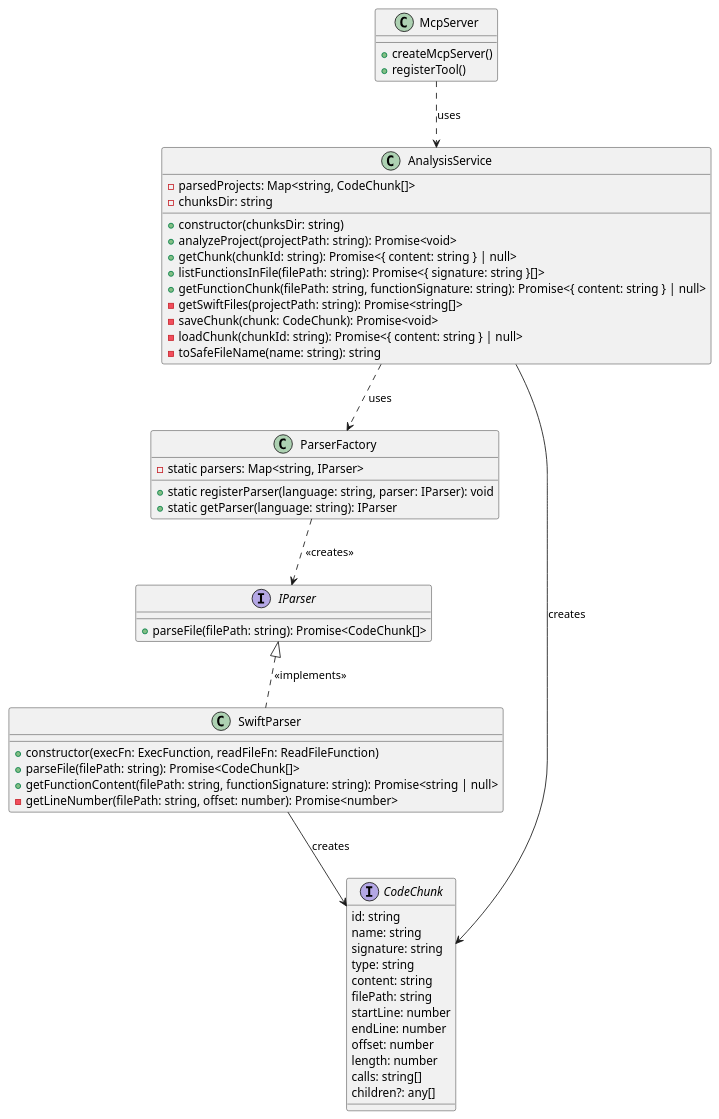
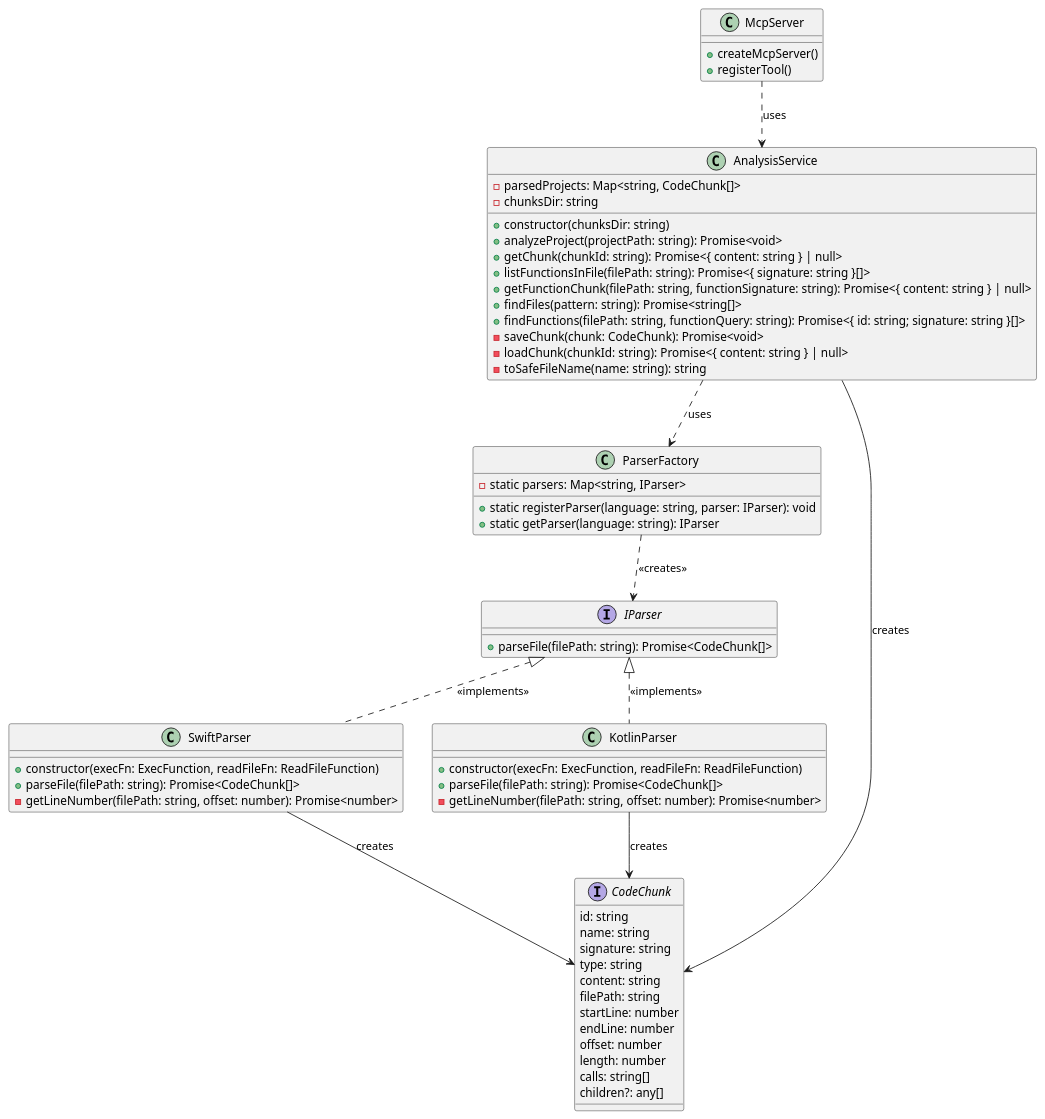
Before and after one commit to aoitan/project-analyzer-mcp: the diagram in doc/diagrams/class_diagram.puml, drawn with PlantUML. The commit also changed 11 other files, not shown here.

First line of the commit message:
docs: プロジェクトの現状に合わせてドキュメントと設計図を更新

```diff
--- a/doc/diagrams/class_diagram.puml
+++ b/doc/diagrams/class_diagram.puml
@@ -1,61 +1,69 @@
 @startuml
 
 class McpServer {
   + createMcpServer()
   + registerTool()
 }
 
 interface IParser {
   + parseFile(filePath: string): Promise<CodeChunk[]>
 }
 
 class ParserFactory {
   - static parsers: Map<string, IParser>
   + static registerParser(language: string, parser: IParser): void
   + static getParser(language: string): IParser
 }
 
 class AnalysisService {
   - parsedProjects: Map<string, CodeChunk[]>
   - chunksDir: string
   + constructor(chunksDir: string)
   + analyzeProject(projectPath: string): Promise<void>
   + getChunk(chunkId: string): Promise<{ content: string } | null>
   + listFunctionsInFile(filePath: string): Promise<{ signature: string }[]>
   + getFunctionChunk(filePath: string, functionSignature: string): Promise<{ content: string } | null>
-  - getSwiftFiles(projectPath: string): Promise<string[]>
+  + findFiles(pattern: string): Promise<string[]>
+  + findFunctions(filePath: string, functionQuery: string): Promise<{ id: string; signature: string }[]>
   - saveChunk(chunk: CodeChunk): Promise<void>
   - loadChunk(chunkId: string): Promise<{ content: string } | null>
   - toSafeFileName(name: string): string
 }
 
 class SwiftParser {
   + constructor(execFn: ExecFunction, readFileFn: ReadFileFunction)
   + parseFile(filePath: string): Promise<CodeChunk[]>
-  + getFunctionContent(filePath: string, functionSignature: string): Promise<string | null>
+  - getLineNumber(filePath: string, offset: number): Promise<number>
+}
+
+class KotlinParser {
+  + constructor(execFn: ExecFunction, readFileFn: ReadFileFunction)
+  + parseFile(filePath: string): Promise<CodeChunk[]>
   - getLineNumber(filePath: string, offset: number): Promise<number>
 }
 
 interface CodeChunk {
   id: string
   name: string
   signature: string
   type: string
   content: string
   filePath: string
   startLine: number
   endLine: number
   offset: number
   length: number
   calls: string[]
   children?: any[]
 }
 
 McpServer ..> AnalysisService : uses
 AnalysisService ..> ParserFactory : uses
 ParserFactory ..> IParser : <<creates>>
 SwiftParser .up.|> IParser : <<implements>>
+KotlinParser .up.|> IParser : <<implements>>
 AnalysisService --> CodeChunk : creates
 SwiftParser --> CodeChunk : creates
+KotlinParser --> CodeChunk : creates
 
 @enduml
```
